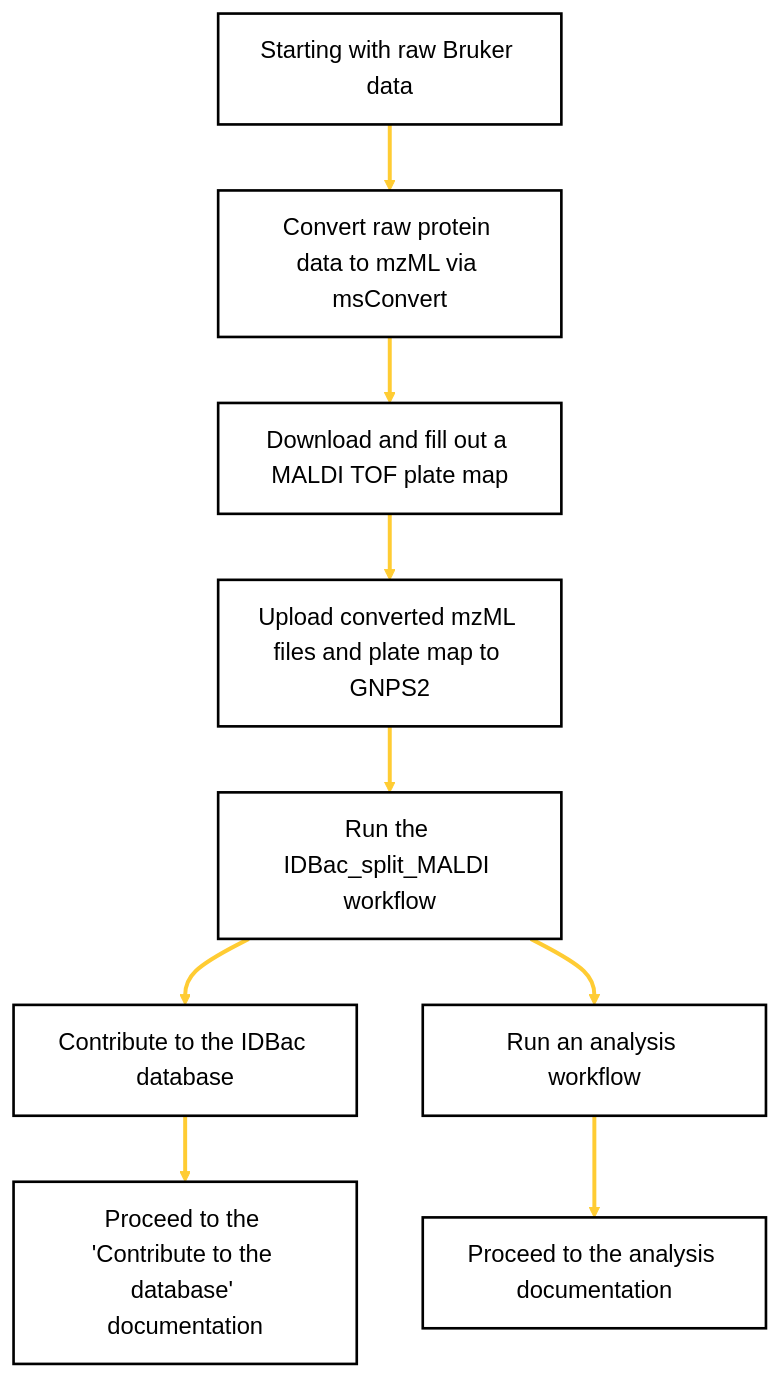
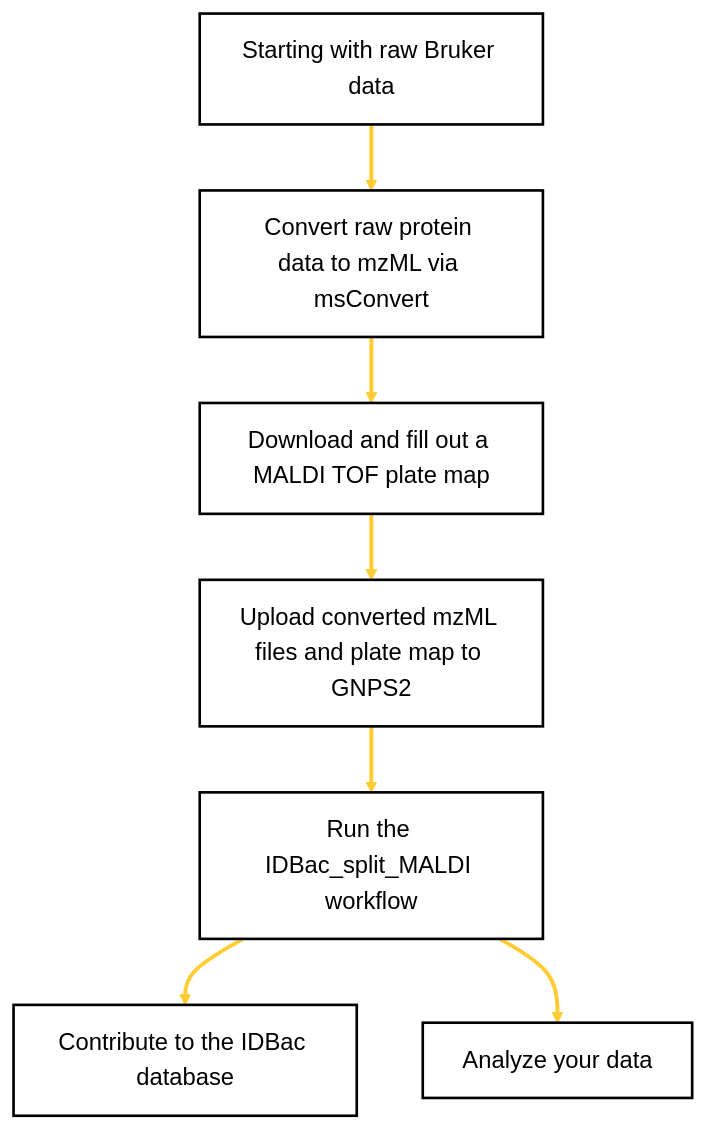
The diagram in docs/idbac-brukerstart-here.md (Wang-Bioinformatics-Lab/GNPS2_Documentation), drawn with Mermaid (forest theme) before and after one commit.

````diff
--- a/docs/idbac-brukerstart-here.md
+++ b/docs/idbac-brukerstart-here.md
@@ -7,43 +7,42 @@
 ```mermaid
 flowchart TD
     A[Starting with raw Bruker data] --> B[Convert raw protein data to mzML via msConvert]
     B --> C[Download and fill out a MALDI TOF plate map]
     C --> D[Upload converted mzML files and plate map to GNPS2]
     D --> E[Run the IDBac_split_MALDI workflow]
     E --> F[Contribute to the IDBac database]
-    F --> G[Proceed to the 'Contribute to the database' documentation]
-    E --> H[Run an analysis workflow]
-    H --> I[Proceed to the analysis documentation]
+    E --> G[Analyze your data]
+    
     
     click B href "https://proteowizard.sourceforge.io/"
     click C href "https://docs.google.com/spreadsheets/d/1ihFy6lQyJtWy9fp46ahMPWk7xLp2tJ3q/edit?usp=sharing&ouid=102573514213912402103&rtpof=true&sd=true"
     click D href "https://gnps2.org/homepage"
     click E href "https://gnps2.org/workflowinput?workflowname=idbac_split_maldi_workflow"
-    click G href "https://wang-bioinformatics-lab.github.io/GNPS2_Documentation/idbacdepositions/"
-    click I href "https://wang-bioinformatics-lab.github.io/GNPS2_Documentation/idbacsumbmitdata/"
+    click F href "https://wang-bioinformatics-lab.github.io/GNPS2_Documentation/idbacdepositions/"
+    click G href "https://wang-bioinformatics-lab.github.io/GNPS2_Documentation/idbacsumbmitdata/"
 
  %% Styling
     style A fill:#FFFFFF,stroke:#000000,stroke-width:2px,font-size:18px
     style B fill:#FFFFFF,stroke:#000000,stroke-width:2px,font-size:18px
     style C fill:#FFFFFF,stroke:#000000,stroke-width:2px,font-size:18px
     style D fill:#FFFFFF,stroke:#000000,stroke-width:2px,font-size:18px
     style E fill:#FFFFFF,stroke:#000000,stroke-width:2px,font-size:18px
     style F fill:#FFFFFF,stroke:#000000,stroke-width:2px,font-size:18px
     style G fill:#FFFFFF,stroke:#000000,stroke-width:2px,font-size:18px
-    style H fill:#FFFFFF,stroke:#000000,stroke-width:2px,font-size:18px
-    style I fill:#FFFFFF,stroke:#000000,stroke-width:2px,font-size:18px 
+  
+    
 
 %% Link Styling
     linkStyle 0 stroke:#ffcc33,stroke-width:3px
     linkStyle 1 stroke:#ffcc33,stroke-width:3px
     linkStyle 2 stroke:#ffcc33,stroke-width:3px
     linkStyle 3 stroke:#ffcc33,stroke-width:3px
     linkStyle 4 stroke:#ffcc33,stroke-width:3px
     linkStyle 5 stroke:#ffcc33,stroke-width:3px
-    linkStyle 6 stroke:#ffcc33,stroke-width:3px
-    linkStyle 7 stroke:#ffcc33,stroke-width:3px
+  
+    
   
    
     
 
 ```
````
